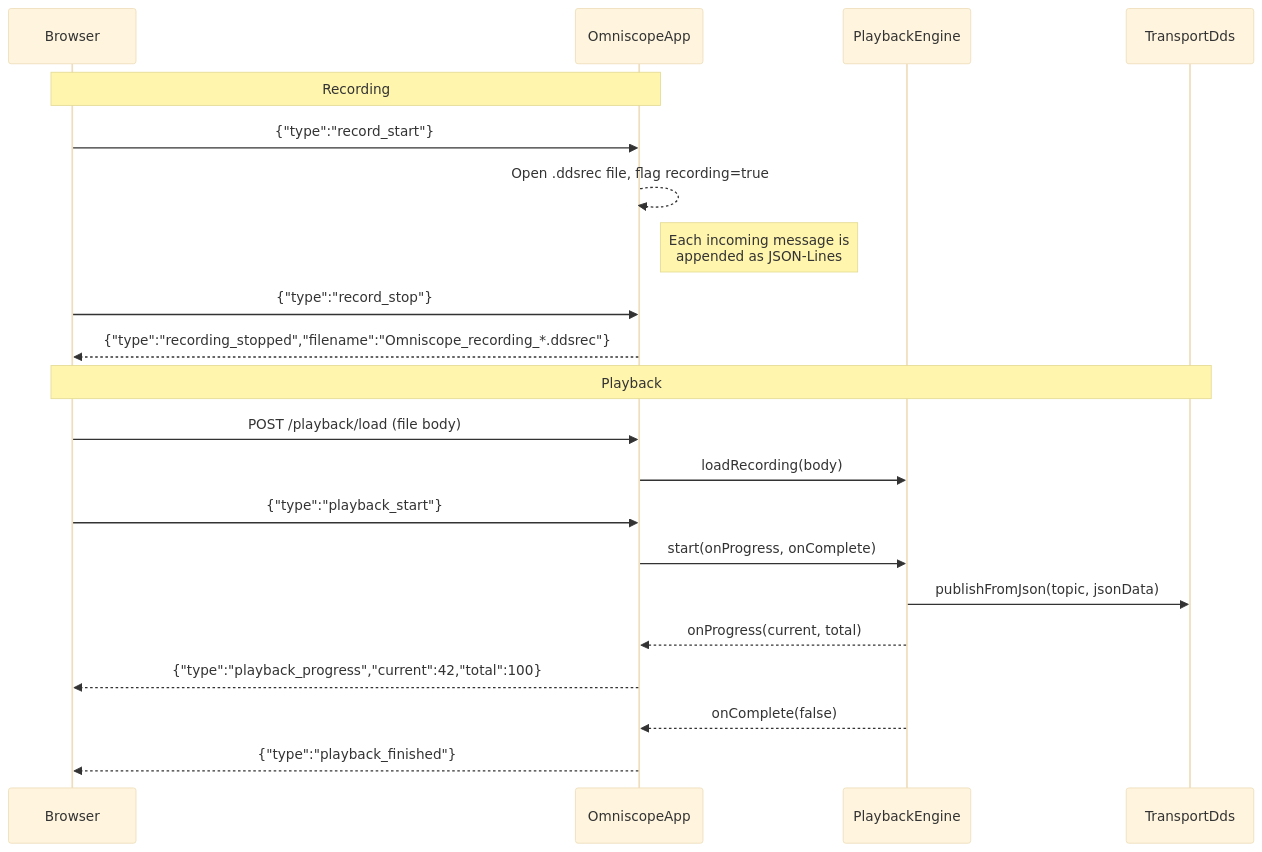
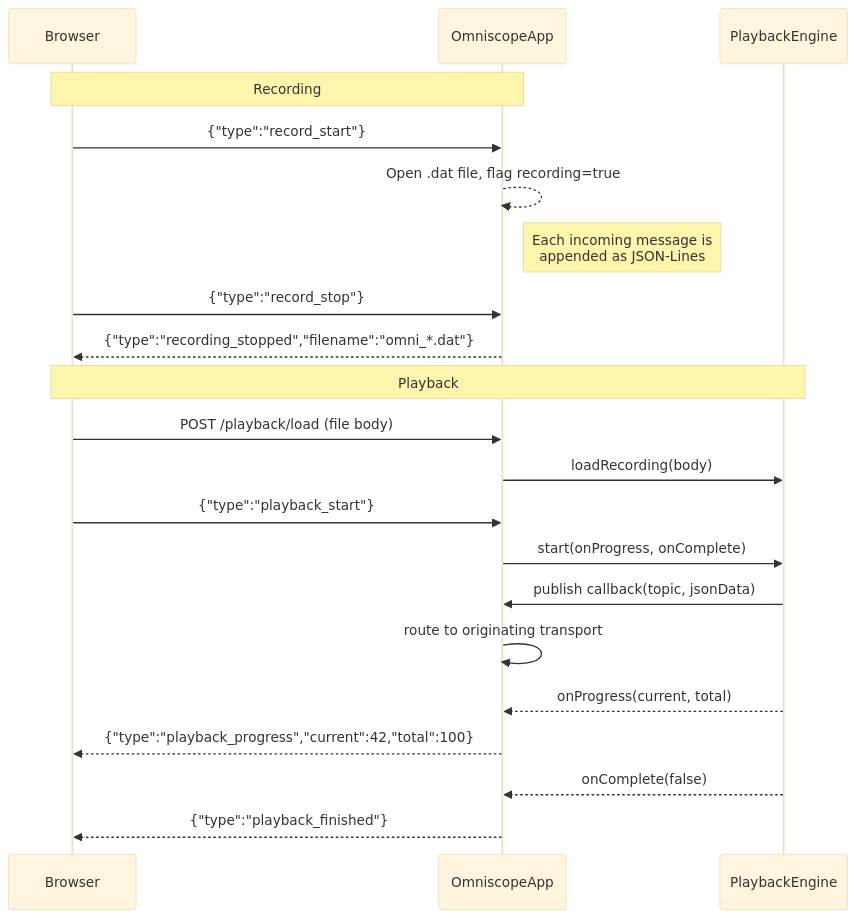
Before and after one commit to sfestenstein/StarterCpp: the fourth of 5 diagrams in src/apps/Omniscope/DESIGN.md, drawn with Mermaid (base theme). The commit also changed other lines of this file and 16 other files, not shown here.

````diff
--- a/src/apps/Omniscope/DESIGN.md
+++ b/src/apps/Omniscope/DESIGN.md
@@ -116,26 +146,26 @@
 ```mermaid
 sequenceDiagram
     participant B as Browser
     participant App as OmniscopeApp
     participant PE as PlaybackEngine
-    participant DT as TransportDds
 
     Note over B,App: Recording
     B->>App: {"type":"record_start"}
-    App-->>App: Open .ddsrec file, flag recording=true
+    App-->>App: Open .dat file, flag recording=true
     Note right of App: Each incoming message is<br/>appended as JSON-Lines
 
     B->>App: {"type":"record_stop"}
-    App-->>B: {"type":"recording_stopped","filename":"Omniscope_recording_*.ddsrec"}
+    App-->>B: {"type":"recording_stopped","filename":"omni_*.dat"}
 
-    Note over B,DT: Playback
+    Note over B,PE: Playback
     B->>App: POST /playback/load (file body)
     App->>PE: loadRecording(body)
     B->>App: {"type":"playback_start"}
     App->>PE: start(onProgress, onComplete)
-    PE->>DT: publishFromJson(topic, jsonData)
+    PE->>App: publish callback(topic, jsonData)
+    App->>App: route to originating transport
     PE-->>App: onProgress(current, total)
     App-->>B: {"type":"playback_progress","current":42,"total":100}
     PE-->>App: onComplete(false)
     App-->>B: {"type":"playback_finished"}
 ```
````
